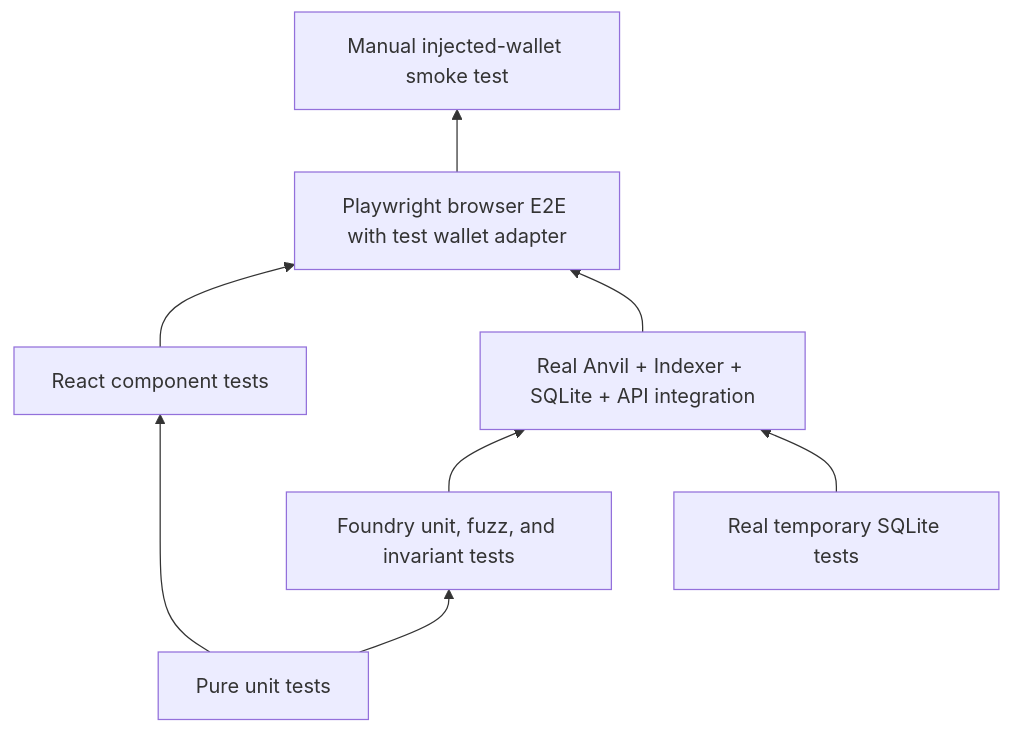
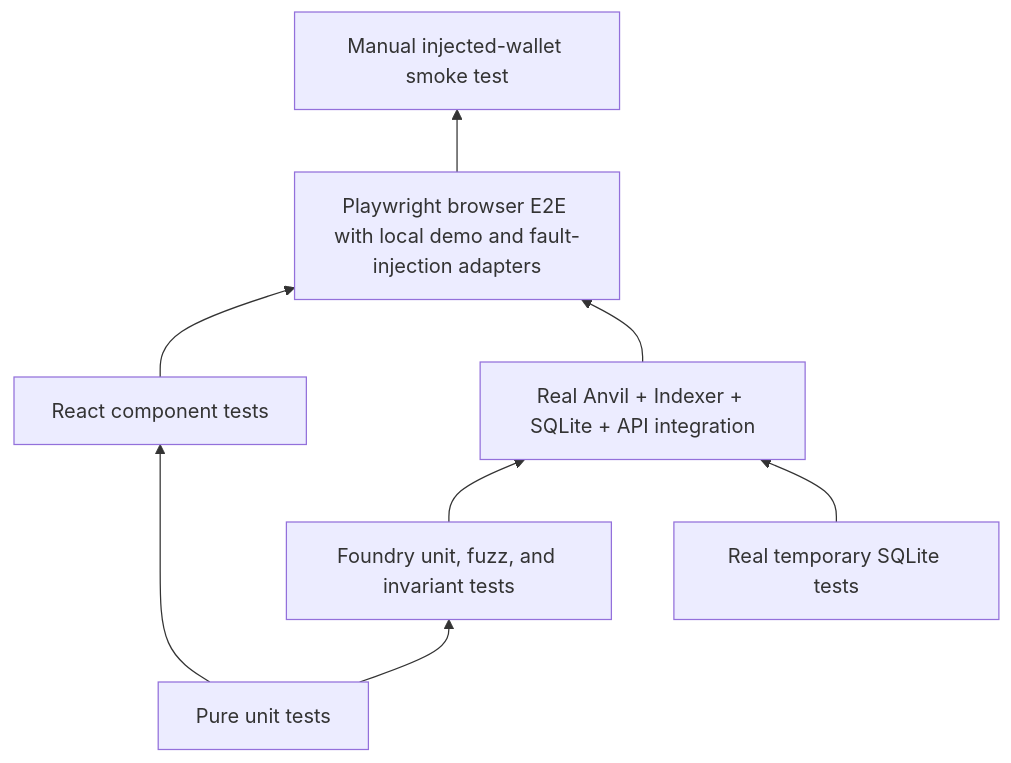
Before and after one commit to herefindalex/motor-cove: the diagram in docs/testing/strategy.md, drawn with Mermaid. The commit also changed other lines of this file and 30 other files, not shown here.

First line of the commit message:
fix(web): make the local wallet demo operable

````diff
--- a/docs/testing/strategy.md
+++ b/docs/testing/strategy.md
@@ -9,17 +9,17 @@
 ```mermaid
 flowchart BT
   Unit[Pure unit tests]
   Component[React component tests]
   Contract[Foundry unit, fuzz, and invariant tests]
   Database[Real temporary SQLite tests]
   Integration[Real Anvil + Indexer + SQLite + API integration]
-  E2E[Playwright browser E2E with test wallet adapter]
+  E2E[Playwright browser E2E with local demo and fault-injection adapters]
   Manual[Manual injected-wallet smoke test]
   Unit --> Component
   Unit --> Contract
   Component --> E2E
   Contract --> Integration
   Database --> Integration
   Integration --> E2E
   E2E --> Manual
 ```
````
